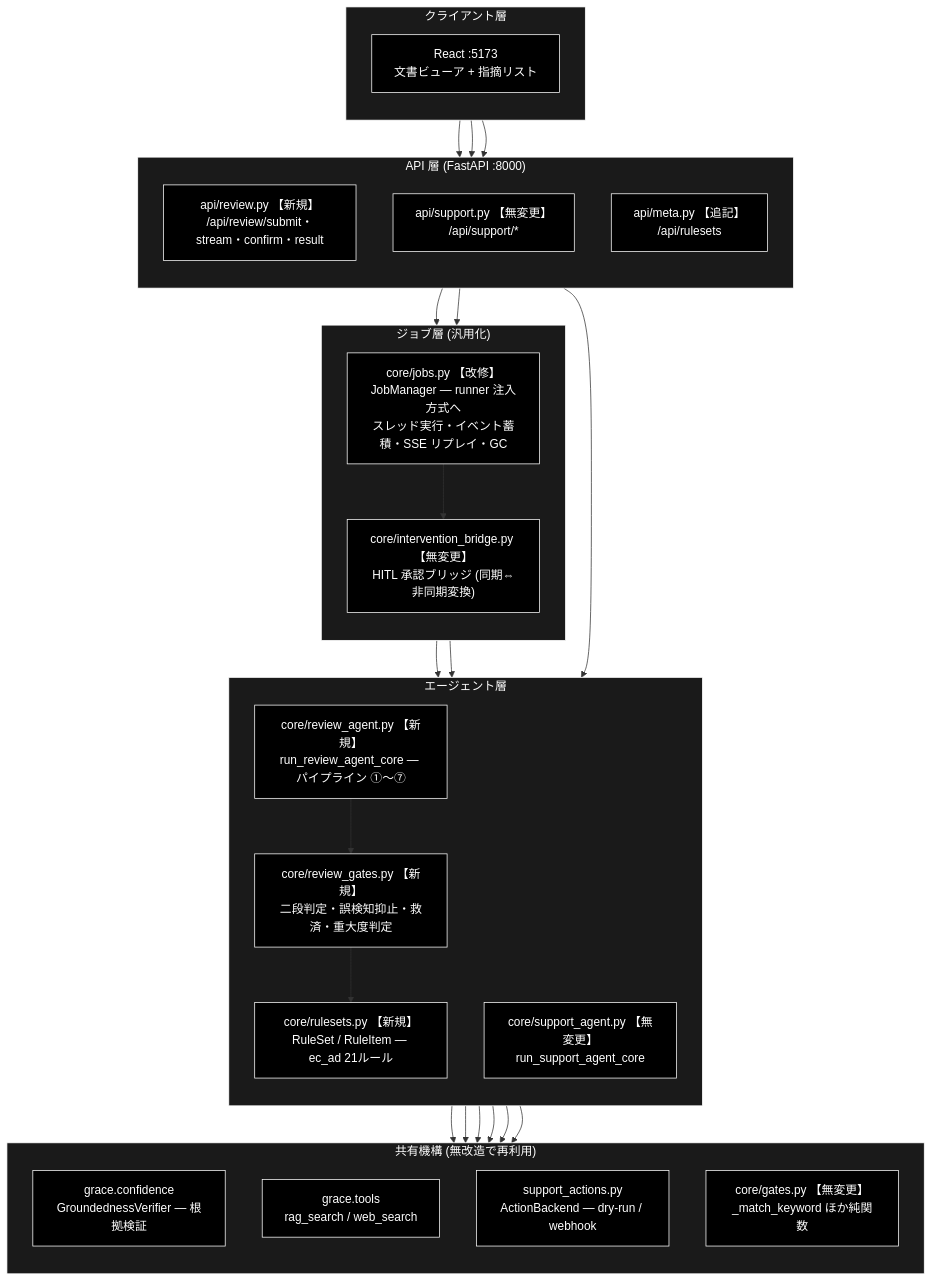
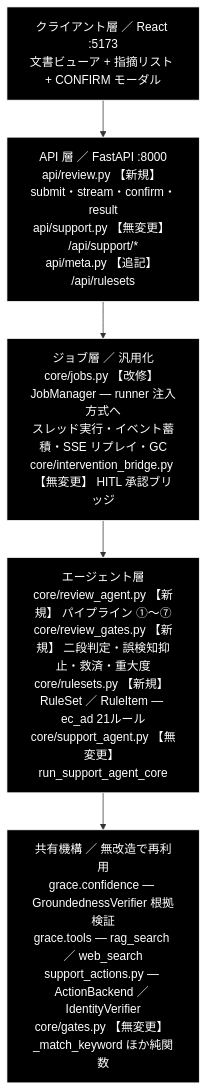
One commit to nakashima2toshio/grace_v2 changed the first of 5 diagrams in backend/docs/review_agent_spec.md. Above: the diagram before and after it, drawn with Mermaid. The commit also changed other lines of this file, not shown here.

Commit message:
docs: review_agent_spec 2.1 の構成図を層ノードの一直線に作り直す
前回の direction TB 追加は逆効果だった。subgraph を跨ぐエッジが 17 本あり、
Mermaid が subgraph 自体を横方向に配置したため図がさらに横長になった。

- subgraph を全廃し、1 層 = 1 ノードの 5 ノード構成に変更
- エッジは CLIENT -> APILAYER -> JOBLAYER -> AGENTS -> SHARED の 4 本のみ。
  分岐が無いため横方向に広がる余地が構造的に存在しない
- 層の中身は各ノード内に <br> で列挙（情報量は維持）
- 図から落ちた層間の個別呼び出し関係は、直後の表で補完
- subgraph を使わない理由を図の直前に注記（再発防止）

````diff
--- a/backend/docs/review_agent_spec.md
+++ b/backend/docs/review_agent_spec.md
@@ -81,62 +85,16 @@
 ```mermaid
 flowchart TB
-    subgraph CLIENT["クライアント層"]
-        direction TB
-        UI["React :5173<br>文書ビューア + 指摘リスト"]
-    end
+    CLIENT["クライアント層 ／ React :5173<br>文書ビューア + 指摘リスト + CONFIRM モーダル"]
+    APILAYER["API 層 ／ FastAPI :8000<br>api/review.py 【新規】 submit・stream・confirm・result<br>api/support.py 【無変更】 /api/support/*<br>api/meta.py 【追記】 /api/rulesets"]
+    JOBLAYER["ジョブ層 ／ 汎用化<br>core/jobs.py 【改修】 JobManager — runner 注入方式へ<br>スレッド実行・イベント蓄積・SSE リプレイ・GC<br>core/intervention_bridge.py 【無変更】 HITL 承認ブリッジ"]
+    AGENTS["エージェント層<br>core/review_agent.py 【新規】 パイプライン ①〜⑦<br>core/review_gates.py 【新規】 二段判定・誤検知抑止・救済・重大度<br>core/rulesets.py 【新規】 RuleSet ／ RuleItem — ec_ad 21ルール<br>core/support_agent.py 【無変更】 run_support_agent_core"]
+    SHARED["共有機構 ／ 無改造で再利用<br>grace.confidence — GroundednessVerifier 根拠検証<br>grace.tools — rag_search ／ web_search<br>support_actions.py — ActionBackend ／ IdentityVerifier<br>core/gates.py 【無変更】 _match_keyword ほか純関数"]
 
-    subgraph APILAYER["API 層 (FastAPI :8000)"]
-        direction TB
-        REVAPI["api/review.py 【新規】<br>/api/review/submit・stream・confirm・result"]
-        SUPAPI["api/support.py 【無変更】<br>/api/support/*"]
-        METAAPI["api/meta.py 【追記】<br>/api/rulesets"]
-    end
-
-    subgraph JOBLAYER["ジョブ層 (汎用化)"]
-        direction TB
-        JOBS["core/jobs.py 【改修】<br>JobManager — runner 注入方式へ<br>スレッド実行・イベント蓄積・SSE リプレイ・GC"]
-        BRIDGE["core/intervention_bridge.py 【無変更】<br>HITL 承認ブリッジ (同期⇔非同期変換)"]
-    end
-
-    subgraph AGENTS["エージェント層"]
-        direction TB
-        REVAG["core/review_agent.py 【新規】<br>run_review_agent_core — パイプライン ①〜⑦"]
-        REVGATE["core/review_gates.py 【新規】<br>二段判定・誤検知抑止・救済・重大度判定"]
-        RULES["core/rulesets.py 【新規】<br>RuleSet / RuleItem — ec_ad 21ルール"]
-        SUPAG["core/support_agent.py 【無変更】<br>run_support_agent_core"]
-    end
-
-    subgraph SHARED["共有機構 (無改造で再利用)"]
-        direction TB
-        GRND["grace.confidence<br>GroundednessVerifier — 根拠検証"]
-        TOOLS["grace.tools<br>rag_search / web_search"]
-        ACT["support_actions.py<br>ActionBackend — dry-run / webhook"]
-        GATES["core/gates.py 【無変更】<br>_match_keyword ほか純関数"]
-    end
-
-    UI --> REVAPI
-    UI --> SUPAPI
-    UI --> METAAPI
-    REVAPI --> JOBS
-    SUPAPI --> JOBS
-    METAAPI --> RULES
-    JOBS --> BRIDGE
-    JOBS --> REVAG
-    JOBS --> SUPAG
-    REVAG --> REVGATE
-    REVGATE --> RULES
-    REVAG --> GRND
-    REVAG --> TOOLS
-    REVAG --> ACT
-    REVGATE --> GATES
-    SUPAG --> GRND
-    SUPAG --> TOOLS
+    CLIENT --> APILAYER
+    APILAYER --> JOBLAYER
+    JOBLAYER --> AGENTS
+    AGENTS --> SHARED
 classDef default fill:#000,stroke:#fff,color:#fff
 classDef subgraphStyle fill:#1a1a1a,stroke:#fff,color:#fff
-class UI,SUPAPI,REVAPI,METAAPI,JOBS,BRIDGE,SUPAG,REVAG,REVGATE,RULES,GRND,TOOLS,ACT,GATES default
-style CLIENT fill:#1a1a1a,stroke:#fff,color:#fff
-style APILAYER fill:#1a1a1a,stroke:#fff,color:#fff
-style JOBLAYER fill:#1a1a1a,stroke:#fff,color:#fff
-style AGENTS fill:#1a1a1a,stroke:#fff,color:#fff
-style SHARED fill:#1a1a1a,stroke:#fff,color:#fff
+class CLIENT,APILAYER,JOBLAYER,AGENTS,SHARED default
 ```
````
